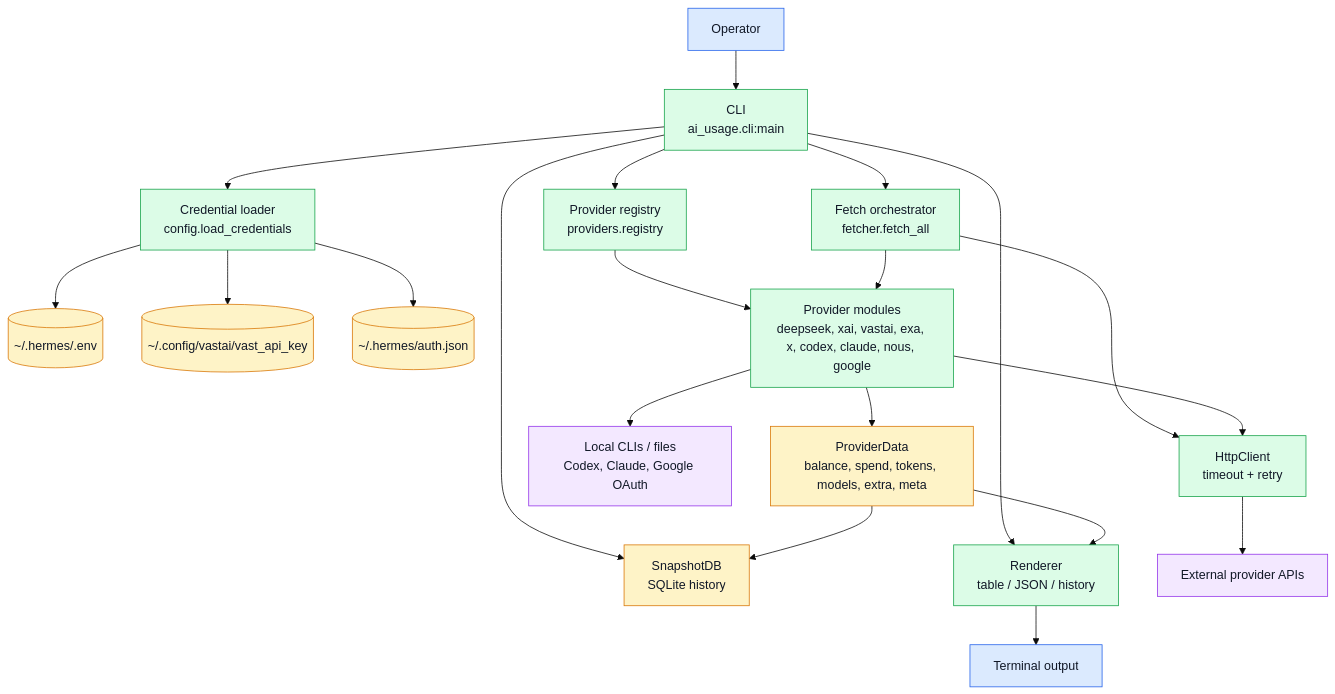
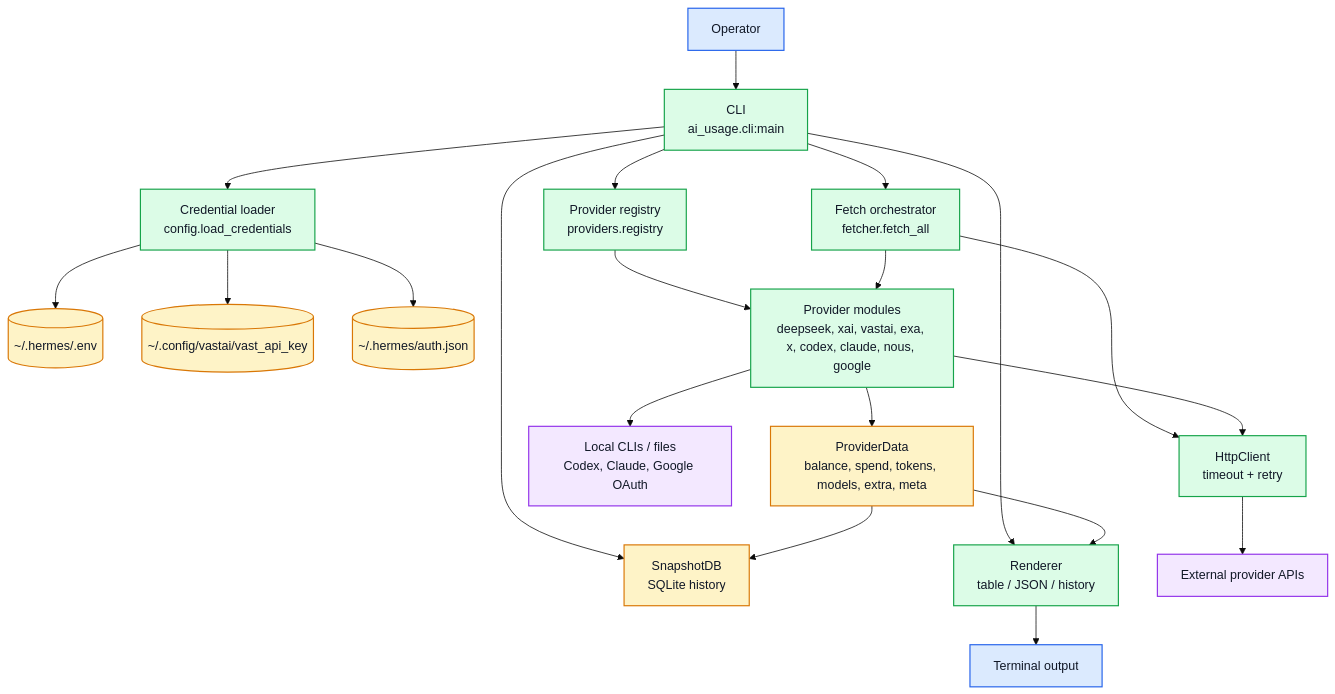
Before and after one commit to michaelnicks0/ai-usage: the first of 2 diagrams in docs/architecture.md, drawn with Mermaid (base theme). The commit also changed 1 other file, not shown here.

Commit message:
docs: normalize Mermaid diagram style

````diff
--- a/docs/architecture.md
+++ b/docs/architecture.md
@@ -19,32 +19,32 @@
 ```mermaid
 flowchart TB
-    operator["Operator"]:::actor --> cli["CLI\nai_usage.cli:main"]:::process
+    operator["Operator"]:::actor --> cli["CLI<br/>ai_usage.cli:main"]:::process
 
-    cli --> config["Credential loader\nconfig.load_credentials"]:::process
-    cli --> registry["Provider registry\nproviders.registry"]:::process
-    cli --> fetcher["Fetch orchestrator\nfetcher.fetch_all"]:::process
-    cli --> db["SnapshotDB\nSQLite history"]:::datastore
-    cli --> render["Renderer\ntable / JSON / history"]:::process
+    cli --> config["Credential loader<br/>config.load_credentials"]:::process
+    cli --> registry["Provider registry<br/>providers.registry"]:::process
+    cli --> fetcher["Fetch orchestrator<br/>fetcher.fetch_all"]:::process
+    cli --> db["SnapshotDB<br/>SQLite history"]:::datastore
+    cli --> render["Renderer<br/>table / JSON / history"]:::process
 
     config --> hermesEnv[("~/.hermes/.env")]:::datastore
     config --> vastKey[("~/.config/vastai/vast_api_key")]:::datastore
     config --> nousAuth[("~/.hermes/auth.json")]:::datastore
 
-    registry --> providers["Provider modules\ndeepseek, xai, vastai, exa, x, codex, claude, nous, google"]:::process
-    fetcher --> http["HttpClient\ntimeout + retry"]:::process
+    registry --> providers["Provider modules<br/>deepseek, xai, vastai, exa, x, codex, claude, nous, google"]:::process
+    fetcher --> http["HttpClient<br/>timeout + retry"]:::process
     fetcher --> providers
     providers --> http
 
     http --> providerApis["External provider APIs"]:::external
-    providers --> localCLIs["Local CLIs / files\nCodex, Claude, Google OAuth"]:::external
+    providers --> localCLIs["Local CLIs / files<br/>Codex, Claude, Google OAuth"]:::external
 
-    providers --> normalized["ProviderData\nbalance, spend, tokens, models, extra, meta"]:::datastore
+    providers --> normalized["ProviderData<br/>balance, spend, tokens, models, extra, meta"]:::datastore
     normalized --> db
     normalized --> render
     render --> terminal["Terminal output"]:::actor
 
-    classDef actor fill:#dbeafe,stroke:#2563eb,color:#111827;
-    classDef process fill:#dcfce7,stroke:#16a34a,color:#111827;
-    classDef datastore fill:#fef3c7,stroke:#d97706,color:#111827;
-    classDef external fill:#f3e8ff,stroke:#9333ea,color:#111827;
+    classDef actor fill:#dbeafe,stroke:#2563eb,color:#111827,stroke-width:1.5px;
+    classDef process fill:#dcfce7,stroke:#16a34a,color:#111827,stroke-width:1.5px;
+    classDef datastore fill:#fef3c7,stroke:#d97706,color:#111827,stroke-width:1.5px;
+    classDef external fill:#f3e8ff,stroke:#9333ea,color:#111827,stroke-width:1.5px;
 ```
````
